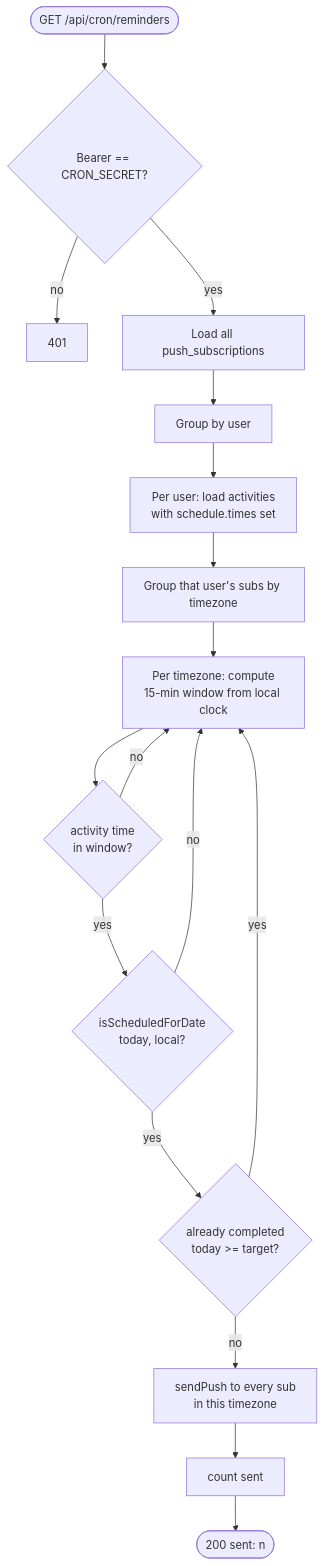
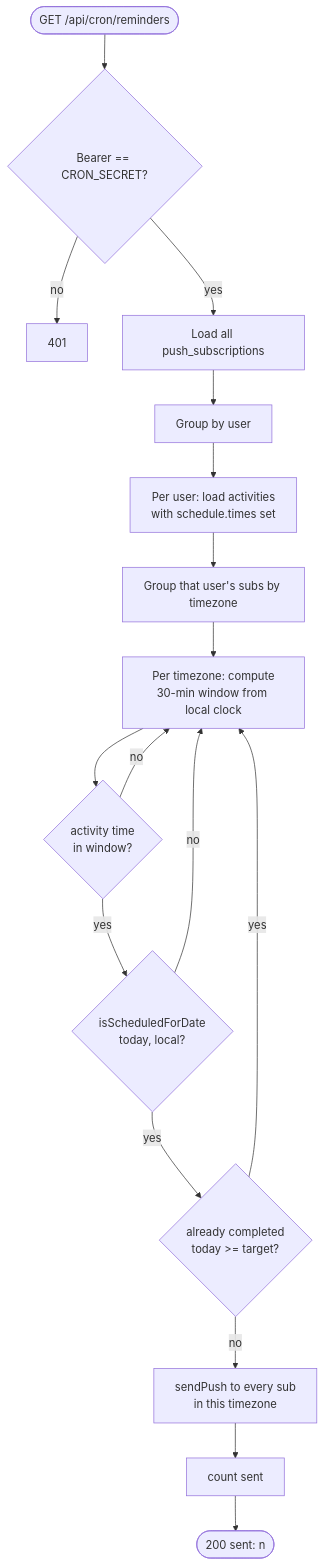
One commit to vojtechmarek-dev/rootine changed the fourth of 4 diagrams in docs/features/push-notifications.md. Above: the diagram before and after it, drawn with Mermaid. The commit also changed other lines of this file and 4 other files, not shown here.

````diff
--- a/docs/features/push-notifications.md
+++ b/docs/features/push-notifications.md
@@ -141,19 +143,19 @@
 ```mermaid
 flowchart TD
     A([GET /api/cron/reminders]) --> B{Bearer == CRON_SECRET?}
     B -- no --> Z[401]
     B -- yes --> C[Load all push_subscriptions]
     C --> D[Group by user]
     D --> E[Per user: load activities<br/>with schedule.times set]
     E --> F[Group that user's subs by timezone]
-    F --> G[Per timezone: compute<br/>15-min window from local clock]
+    F --> G[Per timezone: compute<br/>30-min window from local clock]
     G --> H{activity time<br/>in window?}
     H -- no --> G
     H -- yes --> I{isScheduledForDate<br/>today, local?}
     I -- no --> G
     I -- yes --> J{already completed<br/>today >= target?}
     J -- yes --> G
     J -- no --> K[sendPush to every sub<br/>in this timezone]
     K --> L[count sent]
     L --> M([200 sent: n])
 ```
````
